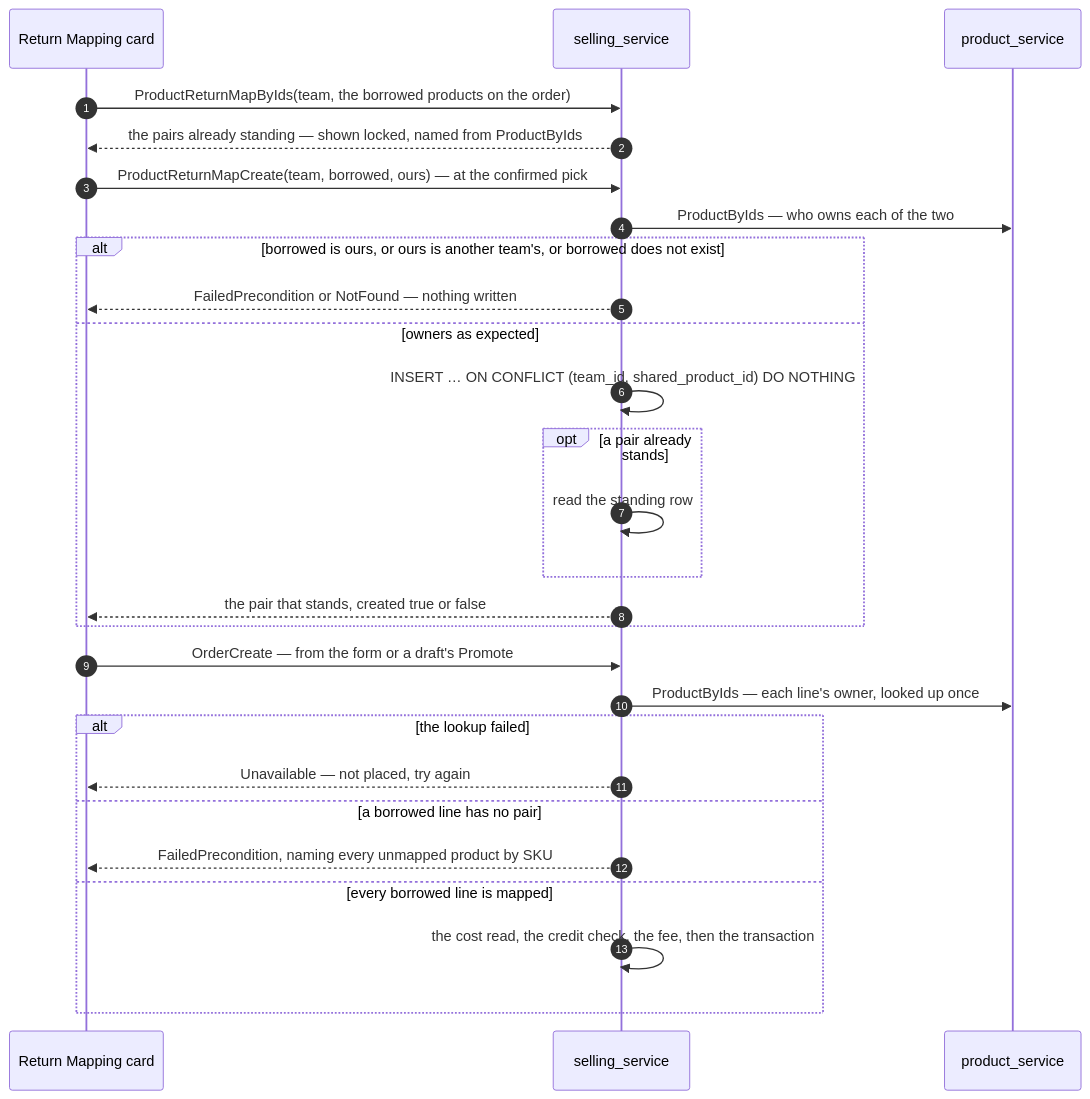
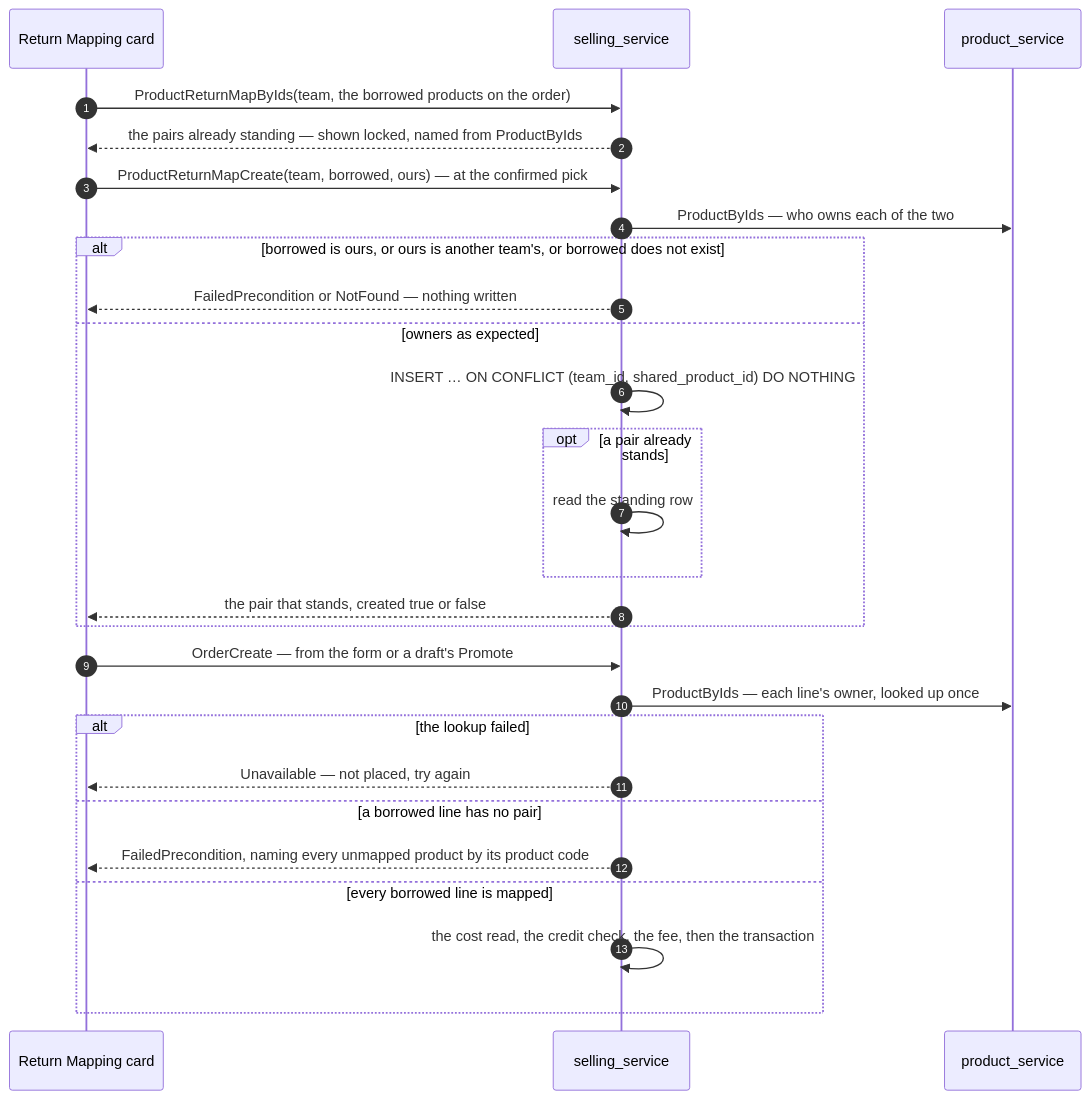
One commit to pdcgo/warehouse_revamp changed diagram 12 of 17 in docs/services/selling_service/rpc.md. Above: the diagram before and after it, drawn with Mermaid. The commit also changed other lines of this file and 703 other files, not shown here.

````diff
--- a/docs/services/selling_service/rpc.md
+++ b/docs/services/selling_service/rpc.md
@@ -664,30 +664,30 @@
 ```mermaid
 sequenceDiagram
     autonumber
     participant UI as Return Mapping card
     participant SELL as selling_service
     participant P as product_service
 
     UI->>SELL: ProductReturnMapByIds(team, the borrowed products on the order)
     SELL-->>UI: the pairs already standing — shown locked, named from ProductByIds
     UI->>SELL: ProductReturnMapCreate(team, borrowed, ours) — at the confirmed pick
     SELL->>P: ProductByIds — who owns each of the two
     alt borrowed is ours, or ours is another team's, or borrowed does not exist
         SELL-->>UI: FailedPrecondition or NotFound — nothing written
     else owners as expected
         SELL->>SELL: INSERT … ON CONFLICT (team_id, shared_product_id) DO NOTHING
         opt a pair already stands
             SELL->>SELL: read the standing row
         end
         SELL-->>UI: the pair that stands, created true or false
     end
     UI->>SELL: OrderCreate — from the form or a draft's Promote
     SELL->>P: ProductByIds — each line's owner, looked up once
     alt the lookup failed
         SELL-->>UI: Unavailable — not placed, try again
     else a borrowed line has no pair
-        SELL-->>UI: FailedPrecondition, naming every unmapped product by SKU
+        SELL-->>UI: FailedPrecondition, naming every unmapped product by its product code
     else every borrowed line is mapped
         SELL->>SELL: the cost read, the credit check, the fee, then the transaction
     end
 ```
````
